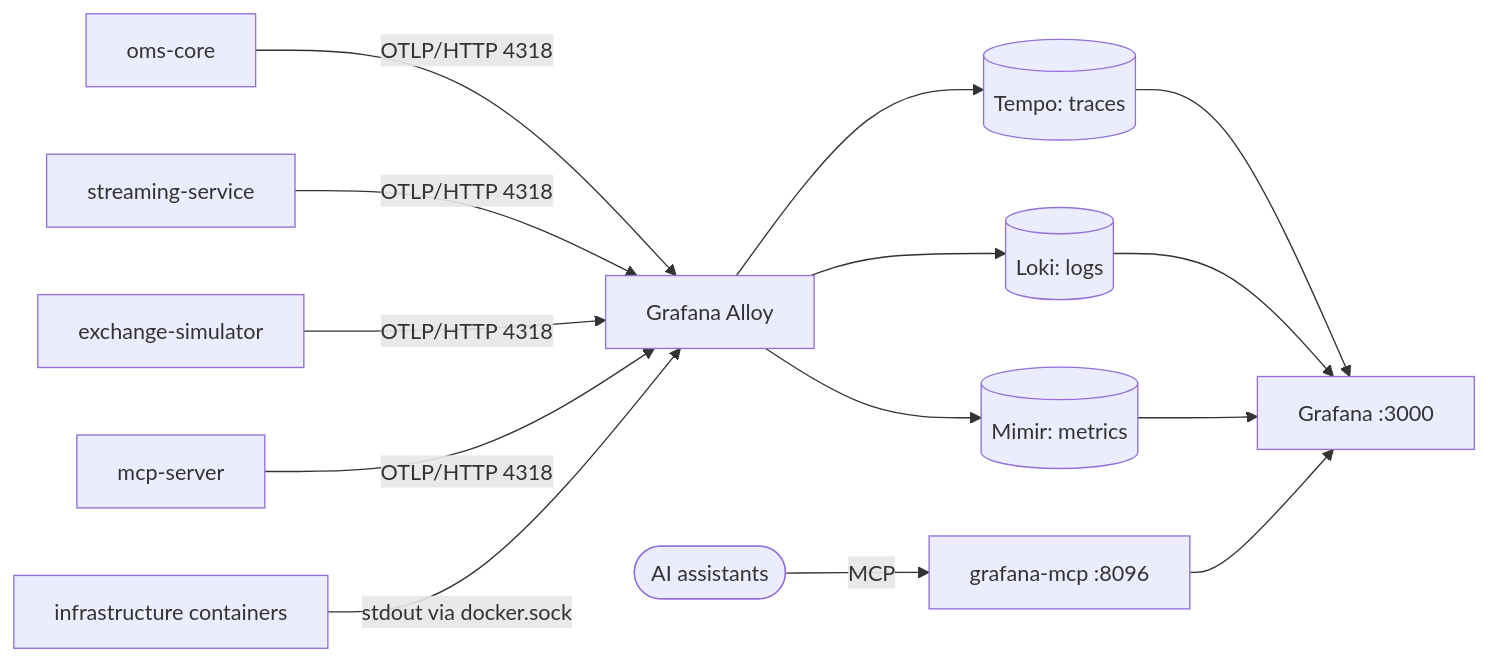
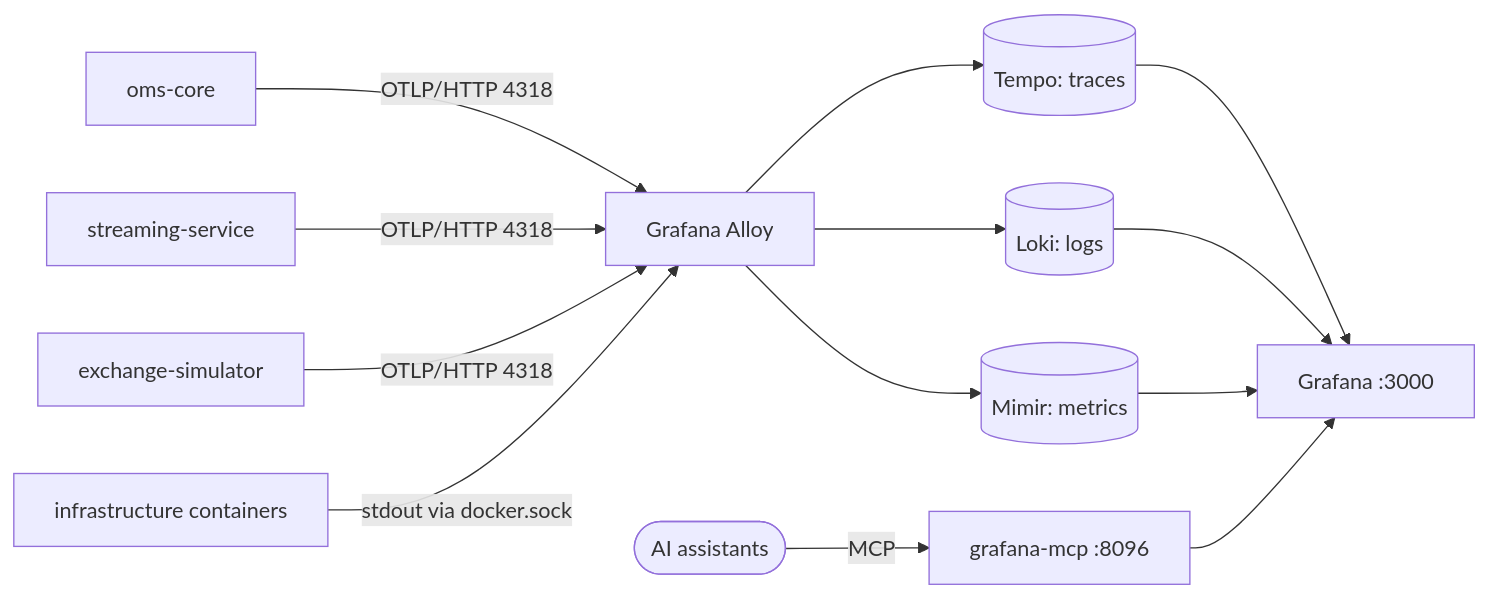
Before and after one commit to tbaderts/oms: the diagram in oms-knowledge-base/infrastructure/observability.md, drawn with Mermaid. The commit also changed 54 other files, not shown here.

Commit message:
move kb server out of oms repo

````diff
--- a/oms-knowledge-base/infrastructure/observability.md
+++ b/oms-knowledge-base/infrastructure/observability.md
@@ -19,10 +19,10 @@
 ```mermaid
 flowchart LR
-  core[oms-core] & stream[streaming-service] & sim[exchange-simulator] & mcp[mcp-server] -->|OTLP/HTTP 4318| alloy[Grafana Alloy]
+  core[oms-core] & stream[streaming-service] & sim[exchange-simulator] -->|OTLP/HTTP 4318| alloy[Grafana Alloy]
   infra[infrastructure containers] -->|stdout via docker.sock| alloy
   alloy --> tempo[(Tempo: traces)]
   alloy --> loki[(Loki: logs)]
   alloy --> mimir[(Mimir: metrics)]
   tempo & loki & mimir --> grafana[Grafana :3000]
   agents([AI assistants]) -->|MCP| gmcp[grafana-mcp :8096] --> grafana
 ```
````
